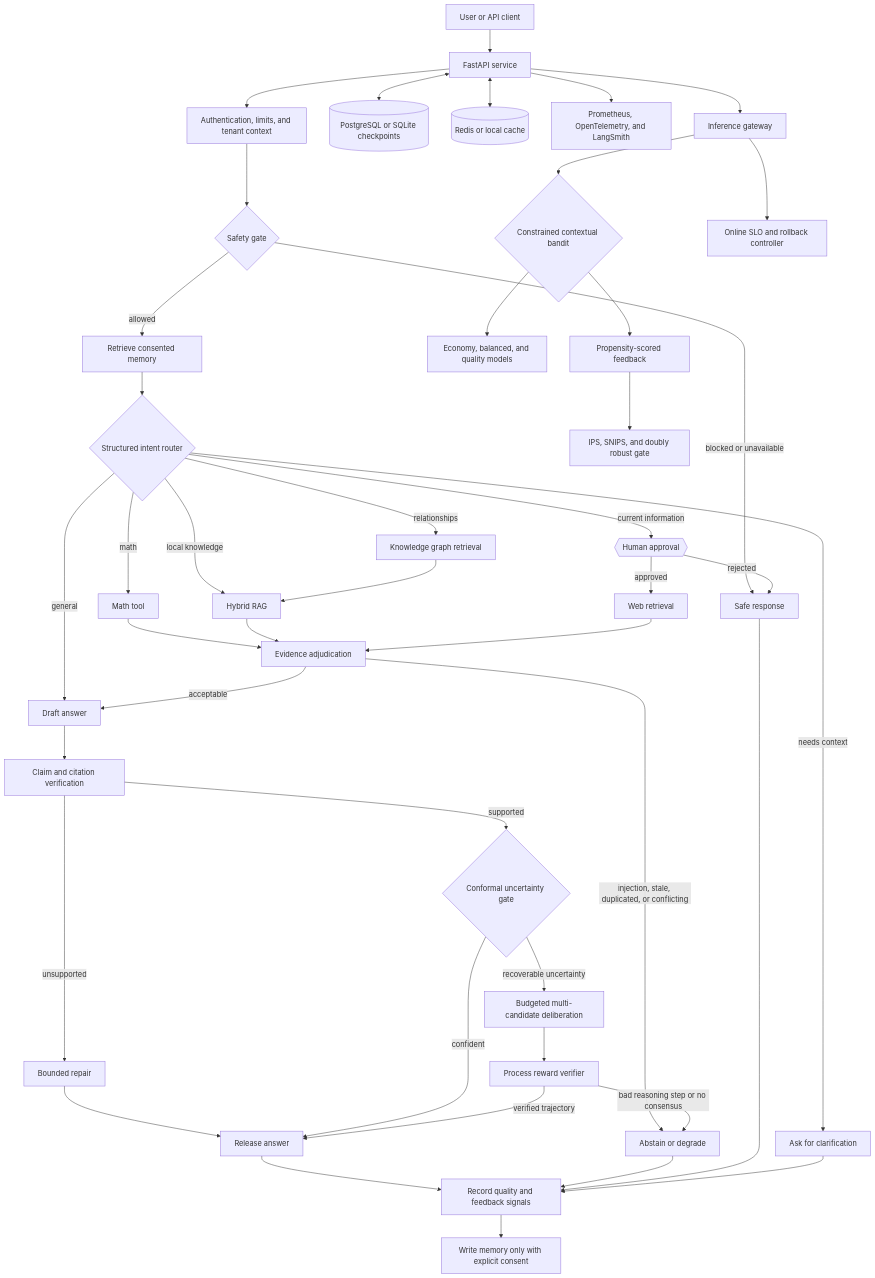
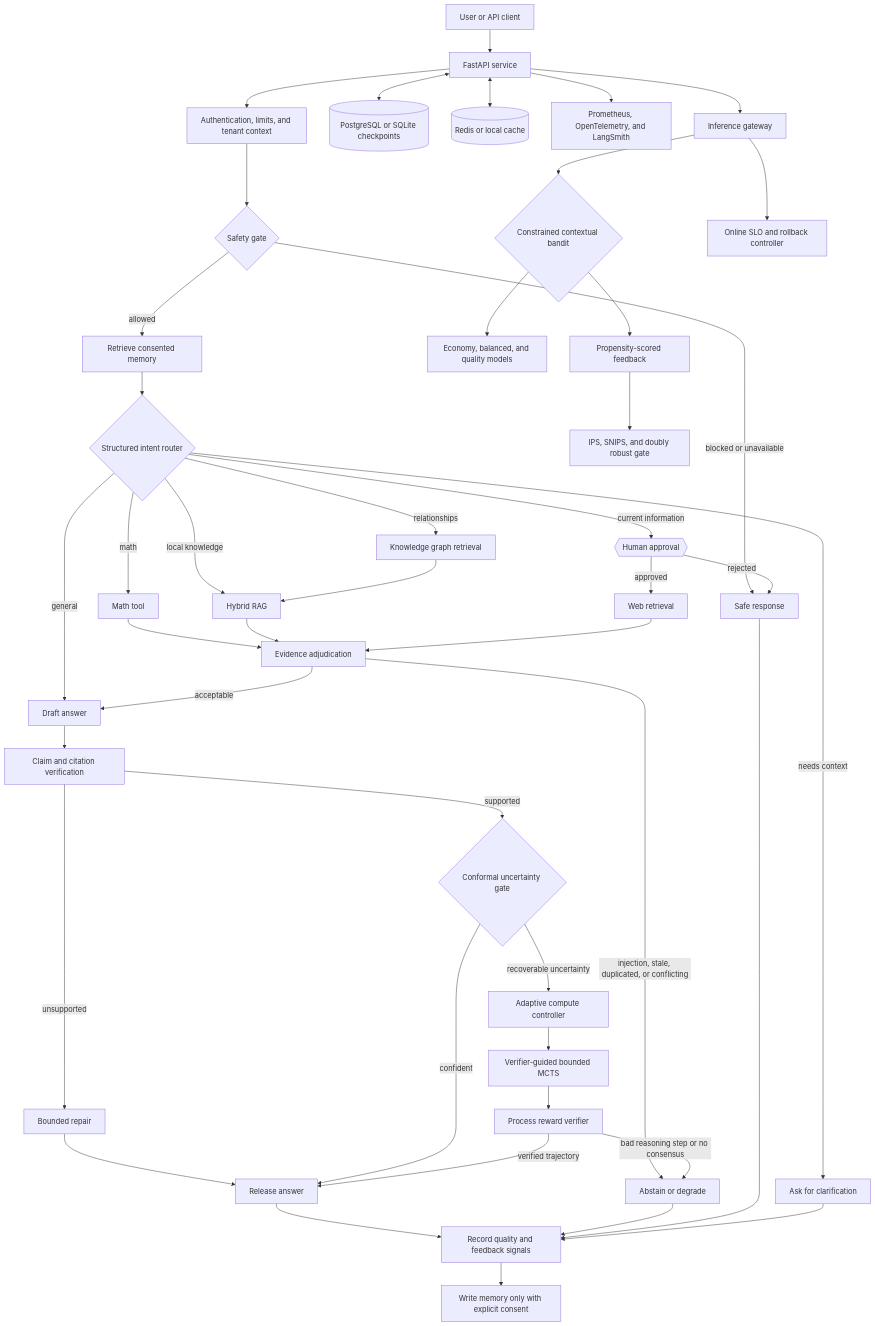
The first of 2 diagrams in README.md (Theepankumargandhi/Multi-Agent-Orchestration), drawn with Mermaid before and after one commit. The commit also changed other lines of this file and 15 other files, not shown here.

Commit message:
feat: add verifier-guided MCTS reasoning search

````diff
--- a/README.md
+++ b/README.md
@@ -36,52 +36,53 @@
 ```mermaid
 flowchart TD
     User[User or API client] --> API[FastAPI service]
     API --> Auth[Authentication, limits, and tenant context]
     Auth --> Safety{Safety gate}
 
     Safety -->|blocked or unavailable| Stop[Safe response]
     Safety -->|allowed| Memory[Retrieve consented memory]
     Memory --> Router{Structured intent router}
 
     Router -->|needs context| Clarify[Ask for clarification]
     Router -->|math| Math[Math tool]
     Router -->|local knowledge| RAG[Hybrid RAG]
     Router -->|relationships| Graph[Knowledge graph retrieval]
     Router -->|current information| Approval{{Human approval}}
     Router -->|general| Draft[Draft answer]
 
     Approval -->|approved| Web[Web retrieval]
     Approval -->|rejected| Stop
     Graph --> RAG
     Math --> Evidence
     RAG --> Evidence[Evidence adjudication]
     Web --> Evidence
     Evidence -->|injection, stale, duplicated, or conflicting| Abstain[Abstain or degrade]
     Evidence -->|acceptable| Draft
 
     Draft --> Ground[Claim and citation verification]
     Ground -->|unsupported| Repair[Bounded repair]
     Ground -->|supported| Uncertainty{Conformal uncertainty gate}
     Repair --> Final
     Uncertainty -->|confident| Final[Release answer]
-    Uncertainty -->|recoverable uncertainty| Compute[Budgeted multi-candidate deliberation]
-    Compute --> PRM[Process reward verifier]
+    Uncertainty -->|recoverable uncertainty| Compute[Adaptive compute controller]
+    Compute --> Search[Verifier-guided bounded MCTS]
+    Search --> PRM[Process reward verifier]
     PRM -->|verified trajectory| Final
     PRM -->|bad reasoning step or no consensus| Abstain
 
     Final --> Evaluate[Record quality and feedback signals]
     Abstain --> Evaluate
     Stop --> Evaluate
     Clarify --> Evaluate
     Evaluate --> WriteMemory[Write memory only with explicit consent]
 
     API <--> State[(PostgreSQL or SQLite checkpoints)]
     API <--> Cache[(Redis or local cache)]
     API --> Telemetry[Prometheus, OpenTelemetry, and LangSmith]
     API --> Gateway[Inference gateway]
     Gateway --> Bandit{Constrained contextual bandit}
     Bandit --> Models[Economy, balanced, and quality models]
     Bandit --> Feedback[Propensity-scored feedback]
     Feedback --> Offline[IPS, SNIPS, and doubly robust gate]
     Gateway --> Online[Online SLO and rollback controller]
 ```
````
